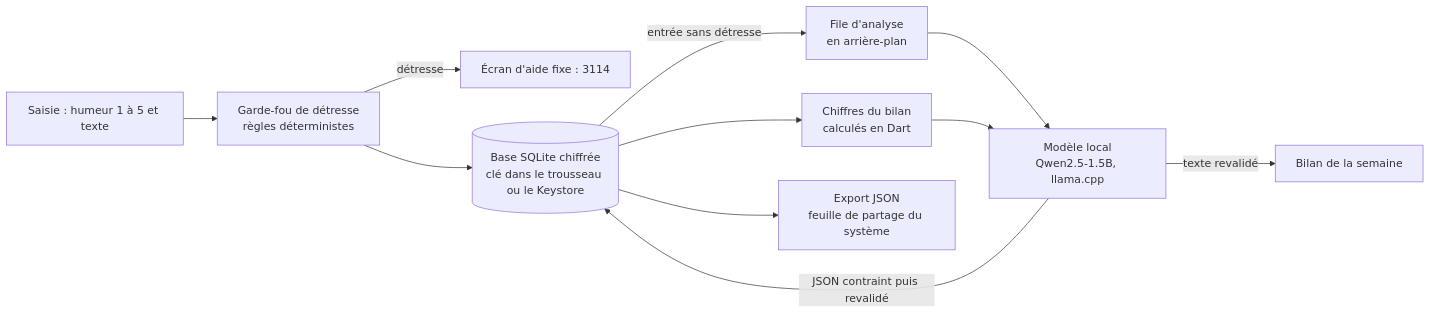
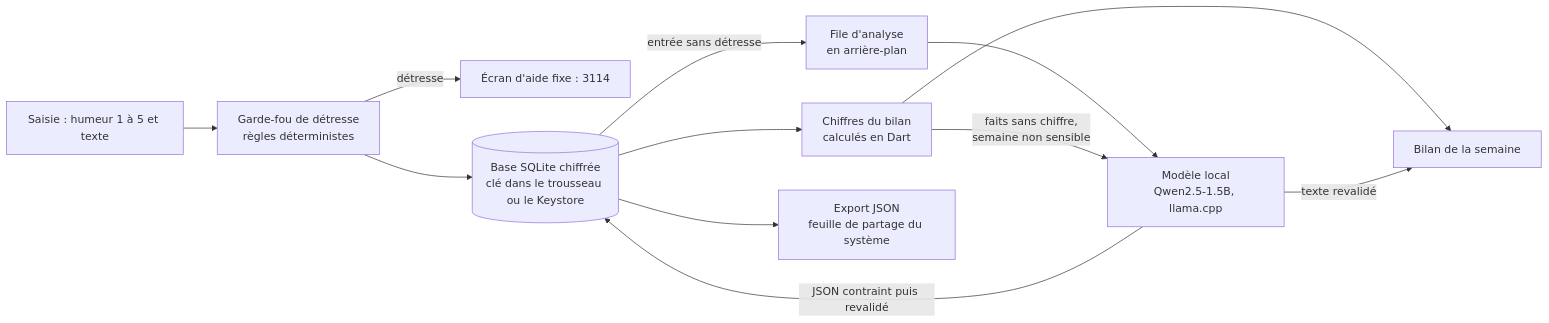
One commit to yanis-vroland/Tidemark changed the diagram in README.md. Above: the diagram before and after it, drawn with Mermaid. The commit also changed other lines of this file and 2 other files, not shown here.

````diff
--- a/README.md
+++ b/README.md
@@ -21,13 +21,14 @@
 ```mermaid
 flowchart LR
   saisie[Saisie : humeur 1 à 5 et texte] --> garde[Garde-fou de détresse<br/>règles déterministes]
   garde -- détresse --> aide[Écran d'aide fixe : 3114]
   garde --> base[(Base SQLite chiffrée<br/>clé dans le trousseau ou le Keystore)]
   base -- entrée sans détresse --> file[File d'analyse<br/>en arrière-plan]
   file --> modele[Modèle local<br/>Qwen2.5-1.5B, llama.cpp]
   modele -- JSON contraint puis revalidé --> base
   base --> calcul[Chiffres du bilan<br/>calculés en Dart]
-  calcul --> modele
-  modele -- texte revalidé --> bilan[Bilan de la semaine]
+  calcul --> bilan[Bilan de la semaine]
+  calcul -- faits sans chiffre,<br/>semaine non sensible --> modele
+  modele -- texte revalidé --> bilan
   base --> export[Export JSON<br/>feuille de partage du système]
 ```
````
